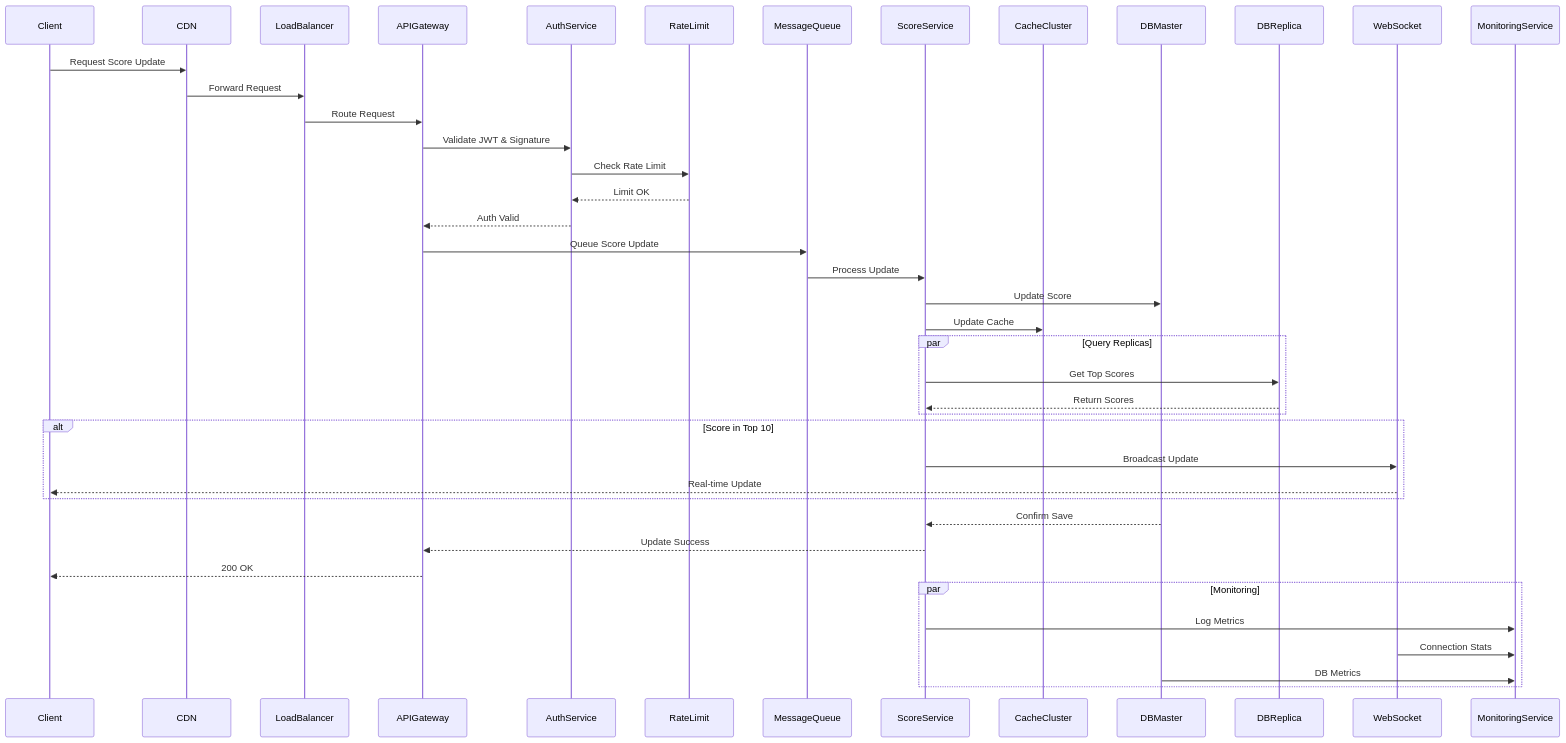
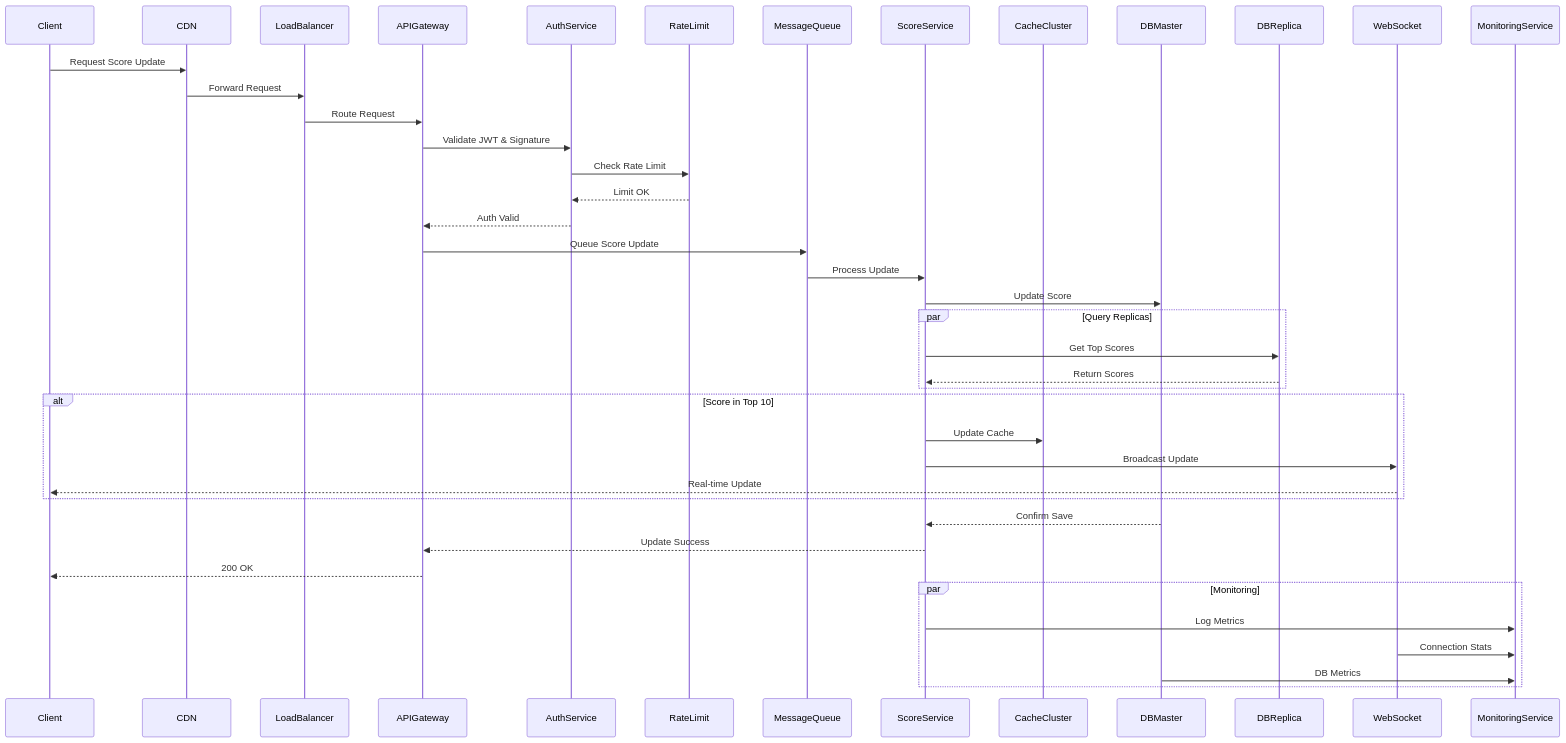
The diagram in problem6/updated-architecture/diagram.mmd (nghiavan0610/99tech), drawn with Mermaid before and after one commit. The commit also changed 3 other files, not shown here.

Commit message:
fix: update updated-architecture diagram

```diff
--- a/problem6/updated-architecture/diagram.mmd
+++ b/problem6/updated-architecture/diagram.mmd
@@ -1,49 +1,49 @@
 sequenceDiagram
     participant Client
     participant CDN
     participant LoadBalancer
     participant APIGateway
     participant AuthService
     participant RateLimit
     participant MessageQueue
     participant ScoreService
     participant CacheCluster
     participant DBMaster
     participant DBReplica
     participant WebSocket
     participant MonitoringService
 
     Client->>CDN: Request Score Update
     CDN->>LoadBalancer: Forward Request
     LoadBalancer->>APIGateway: Route Request
     
     APIGateway->>AuthService: Validate JWT & Signature
     AuthService->>RateLimit: Check Rate Limit
     RateLimit-->>AuthService: Limit OK
     AuthService-->>APIGateway: Auth Valid
     
     APIGateway->>MessageQueue: Queue Score Update
     MessageQueue->>ScoreService: Process Update
     
     ScoreService->>DBMaster: Update Score
-    ScoreService->>CacheCluster: Update Cache
     
     par Query Replicas
         ScoreService->>DBReplica: Get Top Scores
         DBReplica-->>ScoreService: Return Scores
     end
     
     alt Score in Top 10
+        ScoreService->>CacheCluster: Update Cache
         ScoreService->>WebSocket: Broadcast Update
         WebSocket-->>Client: Real-time Update
     end
     
     DBMaster-->>ScoreService: Confirm Save
     ScoreService-->>APIGateway: Update Success
     APIGateway-->>Client: 200 OK
 
     par Monitoring
         ScoreService->>MonitoringService: Log Metrics
         WebSocket->>MonitoringService: Connection Stats
         DBMaster->>MonitoringService: DB Metrics
     end
```
